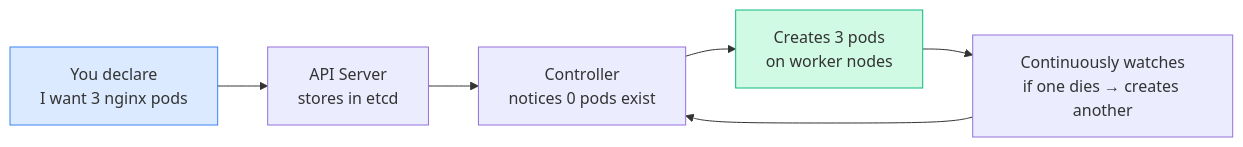
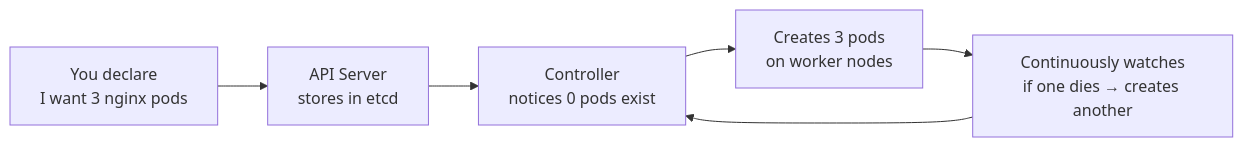
One commit to Gautam4424/k8slearn-content changed the second of 2 diagrams in content/cka/02-kubernetes-architecture-complete-reference/21-cluster-components-overview/21-cluster-components-overview.md. Above: the diagram before and after it, drawn with Mermaid. The commit also changed other lines of this file and 40 other files, not shown here.

Commit message:
chore: fix mermaid style regex

````diff
--- a/content/cka/02-kubernetes-architecture-complete-reference/21-cluster-components-overview/21-cluster-components-overview.md
+++ b/content/cka/02-kubernetes-architecture-complete-reference/21-cluster-components-overview/21-cluster-components-overview.md
@@ -60,11 +57,9 @@
 ```mermaid
 flowchart LR
     YOU["You declare\nI want 3 nginx pods"]
     API["API Server\nstores in etcd"]
     CTRL["Controller\nnotices 0 pods exist"]
     ACT["Creates 3 pods\non worker nodes"]
     WATCH["Continuously watches\nif one dies → creates another"]
     YOU --> API --> CTRL --> ACT --> WATCH --> CTRL
-    style YOU fill:#dbeafe,stroke:#3b82f6
-    style ACT fill:#d1fae5,stroke:#10b981
 ```
````
